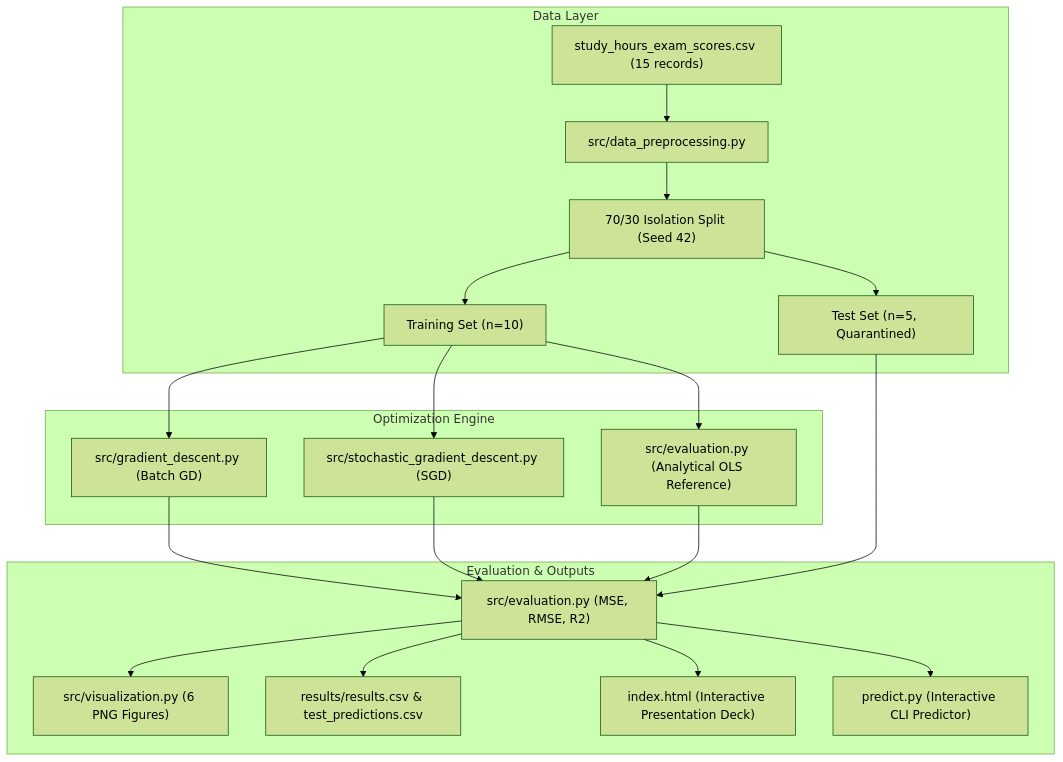
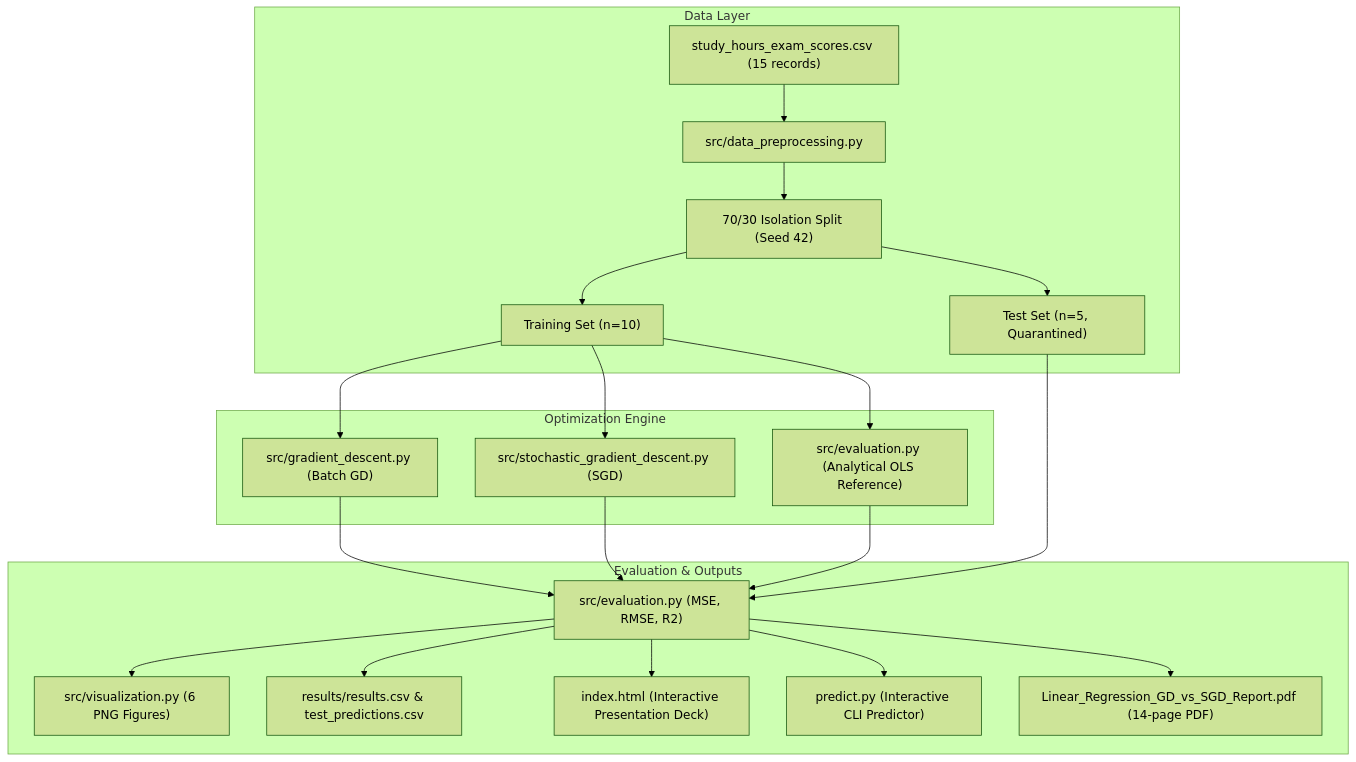
One commit to sahajasakhunala/linear-regression-gd-sgd changed the diagram in REPORT.md. Above: the diagram before and after it, drawn with Mermaid (forest theme). The commit also changed other lines of this file and 4 other files, not shown here.

Commit message:
Add Woxsen University logo, organized mathematical derivations, and 14-page numbered PDF report

````diff
--- a/REPORT.md
+++ b/REPORT.md
@@ -173,26 +187,27 @@
 ```mermaid
 flowchart TD
     subgraph Data Layer
         CSV["study_hours_exam_scores.csv (15 records)"] --> Preproc["src/data_preprocessing.py"]
         Preproc --> Split["70/30 Isolation Split (Seed 42)"]
         Split --> TrainSet["Training Set (n=10)"]
         Split --> TestSet["Test Set (n=5, Quarantined)"]
     end
 
     subgraph Optimization Engine
         TrainSet --> GD["src/gradient_descent.py (Batch GD)"]
         TrainSet --> SGD["src/stochastic_gradient_descent.py (SGD)"]
         TrainSet --> OLS["src/evaluation.py (Analytical OLS Reference)"]
     end
 
     subgraph Evaluation & Outputs
         GD --> Eval["src/evaluation.py (MSE, RMSE, R2)"]
         SGD --> Eval
         OLS --> Eval
         TestSet --> Eval
         Eval --> Viz["src/visualization.py (6 PNG Figures)"]
         Eval --> Tab["results/results.csv & test_predictions.csv"]
         Eval --> Pres["index.html (Interactive Presentation Deck)"]
         Eval --> Pred["predict.py (Interactive CLI Predictor)"]
+        Eval --> PDF["Linear_Regression_GD_vs_SGD_Report.pdf (14-page PDF)"]
     end
 ```
````
